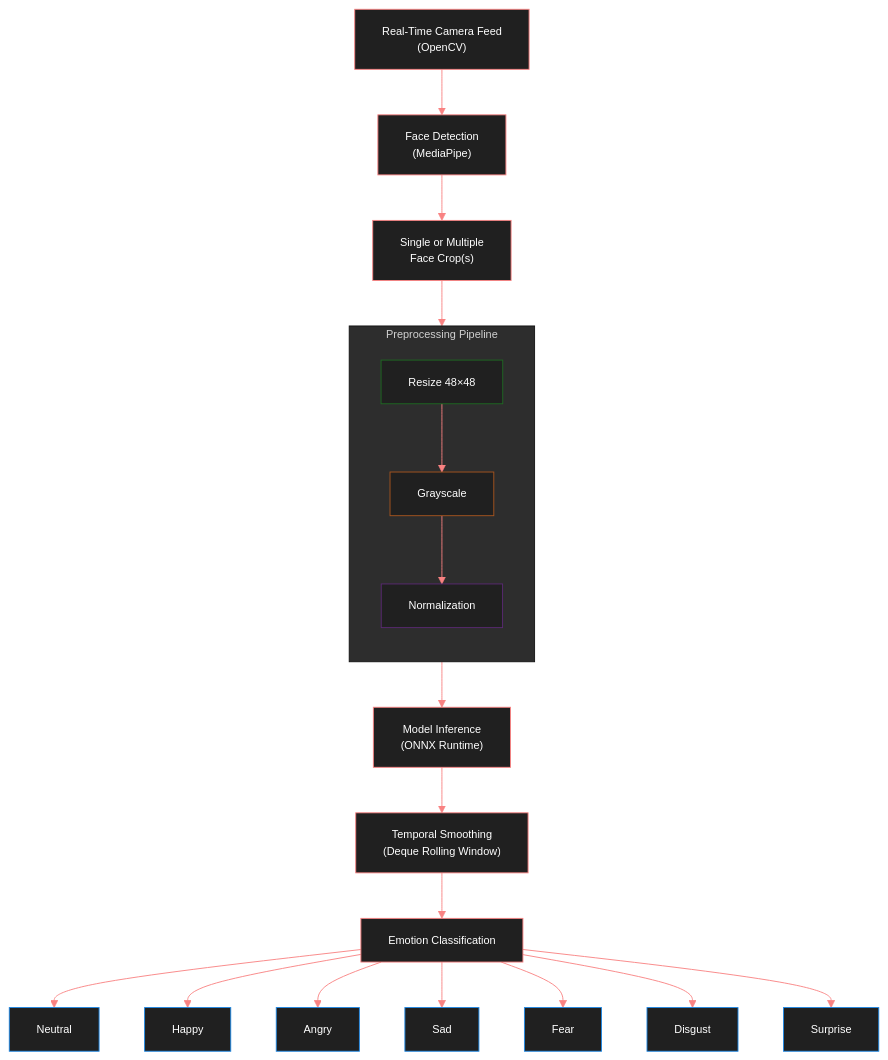
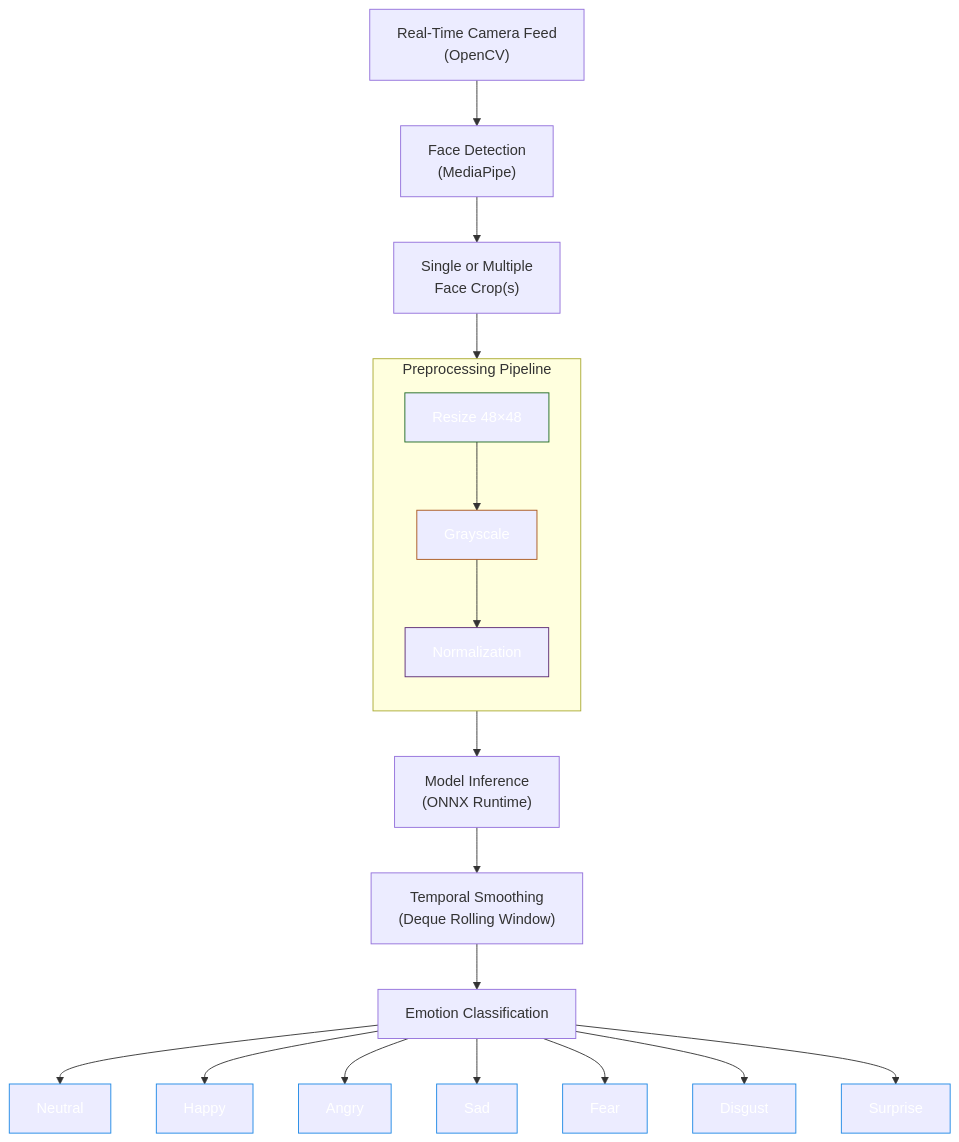
One commit to NkL-M/Real-Time-Facial-Emotion-Recognition changed the diagram in README.md. Above: the diagram before and after it, drawn with Mermaid.

````diff
--- a/README.md
+++ b/README.md
@@ -147,49 +147,49 @@
 ```mermaid
 %%{init: {'theme':'base','themeVariables':{
-  'background':'#1e1e1e',
-  'primaryColor':'#202020',
-  'primaryTextColor':'#ffffff',
-  'primaryBorderColor':'#f98282',
-  'lineColor':'#f98282',
+  'background':'#1e1e1e',          /* Dark charcoal */
+  'primaryColor':'#2c2c2c',
+  'primaryTextColor':'#e0f7fa',
+  'primaryBorderColor':'#00bcd4',
+  'lineColor':'#26c6da',
   'fontFamily':'JetBrains Mono',
   'fontSize':'12px'
 }}}%%
 flowchart TB
   P0["Real-Time Camera Feed
   (OpenCV)"]
   P0 --> P1["Face Detection
   (MediaPipe)"]
   P1 --> P2["Single or Multiple
   Face Crop(s)"]
   P2 --> PRE
   subgraph PRE["Preprocessing Pipeline"]
   direction TB
   P4["Resize 48×48"]
   P4 --> P5["Grayscale"]
   P5 --> P6["Normalization"]
 end
 style P4 stroke:#1e6a22, color:#ffffff
 style P5 stroke:#a8551e, color:#ffffff
 style P6 stroke:#5b2a74, color:#ffffff
 
   P6 --> P7["Model Inference
   (ONNX Runtime)"]
   P7 --> P8["Temporal Smoothing
   (Deque Rolling Window)"]
   P8 --> E["Emotion Classification"]
   E --> N["Neutral"]
   E --> H["Happy"]
   E --> A["Angry"]
   E --> S["Sad"]
   E --> F["Fear"]
   E --> D["Disgust"]
   E --> SU["Surprise"]
 
 style N stroke:#1e88e5, color:#ffffff
 style H stroke:#1e88e5, color:#ffffff
 style A stroke:#1e88e5, color:#ffffff
 style S stroke:#1e88e5, color:#ffffff
 style F stroke:#1e88e5, color:#ffffff
 style D stroke:#1e88e5, color:#ffffff
 style SU stroke:#1e88e5, color:#ffffff
 ```
````
